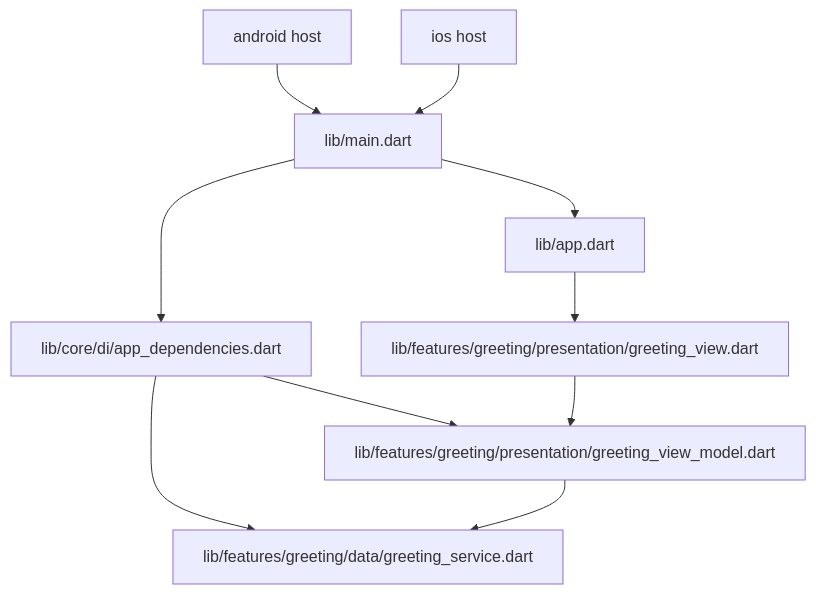
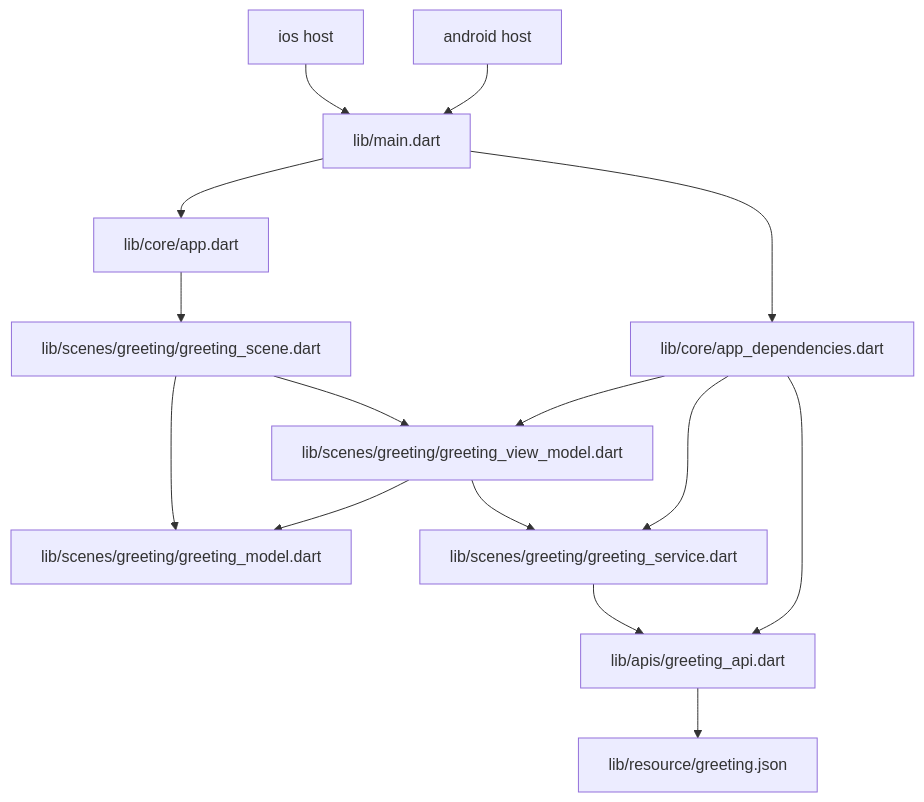
Before and after one commit to GUuu9/guuu9.github.io: the first of 2 diagrams in 02.Boilerplates/mobile-app/docs/05-boilerplate.md, drawn with Mermaid. The commit also changed other lines of this file and 240 other files, not shown here.

````diff
--- a/02.Boilerplates/mobile-app/docs/05-boilerplate.md
+++ b/02.Boilerplates/mobile-app/docs/05-boilerplate.md
@@ -143,12 +147,17 @@
 ```mermaid
 flowchart TD
-  Main[lib/main.dart] --> DI[lib/core/di/app_dependencies.dart]
-  DI --> VM[lib/features/greeting/presentation/greeting_view_model.dart]
-  DI --> Service[lib/features/greeting/data/greeting_service.dart]
-  Main --> App[lib/app.dart]
-  App --> View[lib/features/greeting/presentation/greeting_view.dart]
+  Main[lib/main.dart] --> DI[lib/core/app_dependencies.dart]
+  DI --> VM[lib/scenes/greeting/greeting_view_model.dart]
+  VM --> Model[lib/scenes/greeting/greeting_model.dart]
+  DI --> Service[lib/scenes/greeting/greeting_service.dart]
+  Main --> App[lib/core/app.dart]
+  App --> View[lib/scenes/greeting/greeting_scene.dart]
+  View --> Model
   View --> VM
   VM --> Service
+  DI --> API[lib/apis/greeting_api.dart]
+  Service --> API
+  API --> Resource[lib/resource/greeting.json]
   Android[android host] --> Main
   IOS[ios host] --> Main
 ```
````
